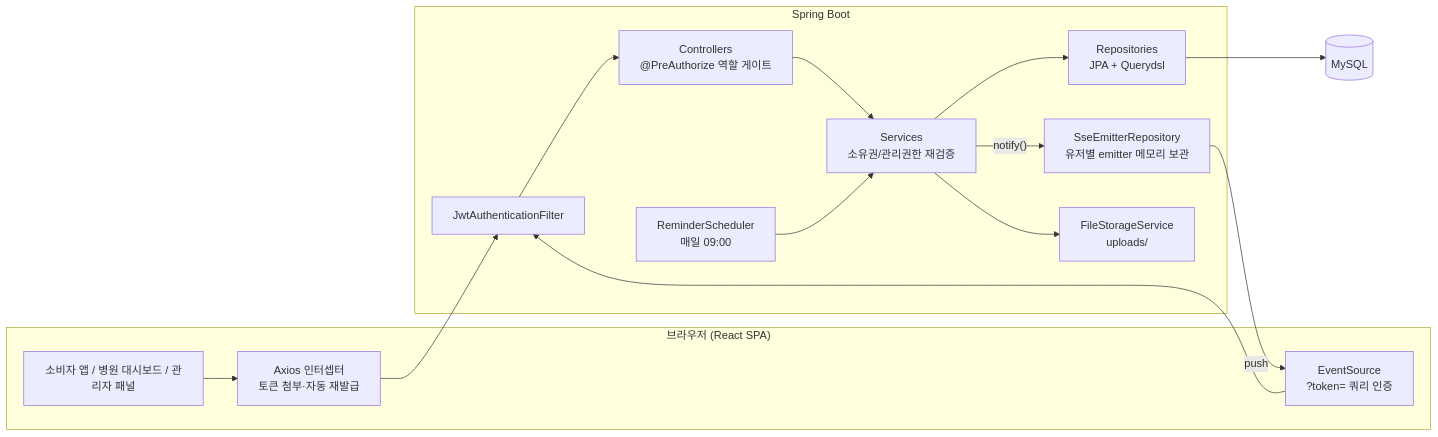
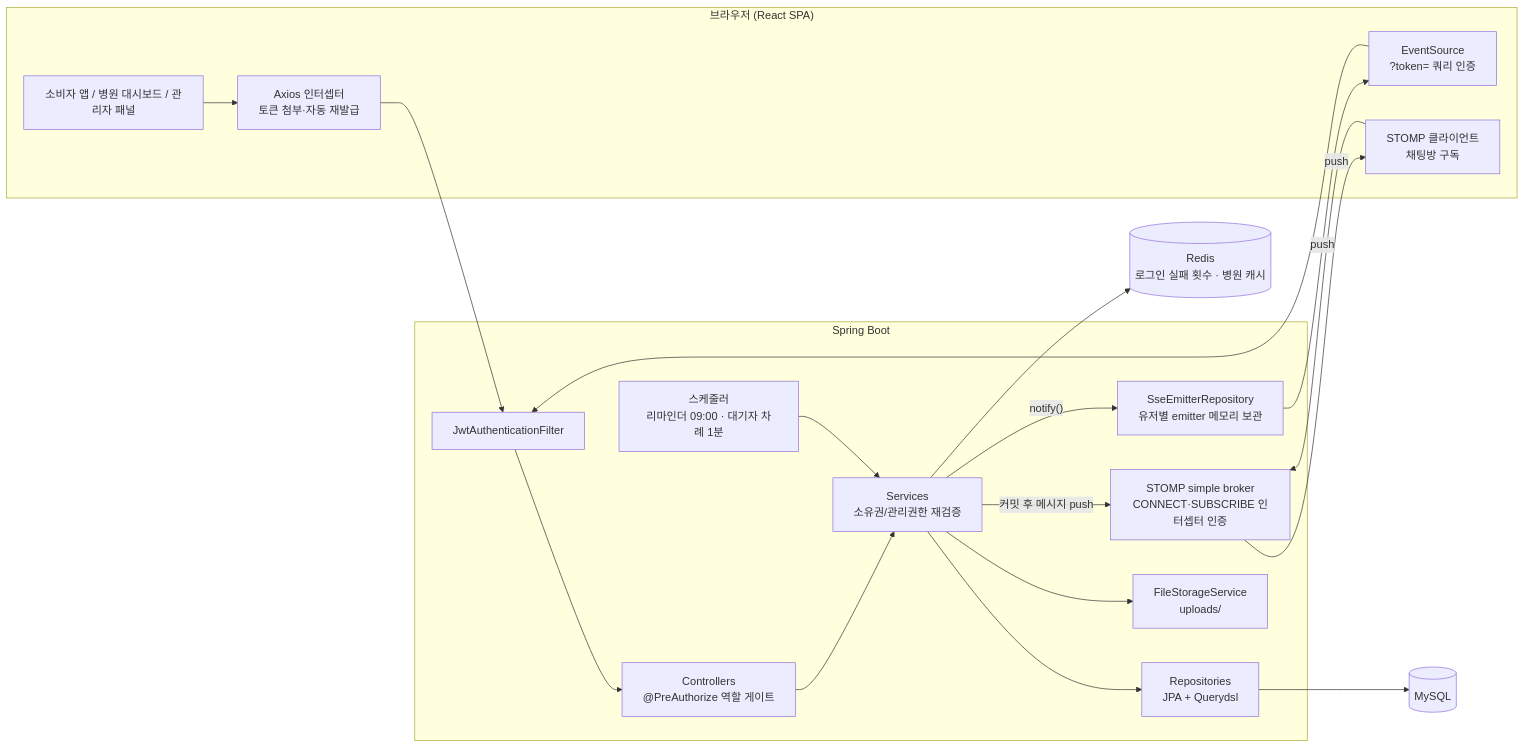
One commit to CodeVins/PetCare-System changed the first of 5 diagrams in README.md. Above: the diagram before and after it, drawn with Mermaid. The commit also changed other lines of this file and 9 other files, not shown here.

````diff
--- a/README.md
+++ b/README.md
@@ -117,27 +123,34 @@
 ```mermaid
 flowchart LR
     subgraph Client["브라우저 (React SPA)"]
         UI["소비자 앱 / 병원 대시보드 / 관리자 패널"]
         AX["Axios 인터셉터<br/>토큰 첨부·자동 재발급"]
         ES["EventSource<br/>?token= 쿼리 인증"]
+        WS["STOMP 클라이언트<br/>채팅방 구독"]
     end
 
     subgraph Server["Spring Boot"]
         F["JwtAuthenticationFilter"]
         C["Controllers<br/>@PreAuthorize 역할 게이트"]
         S["Services<br/>소유권/관리권한 재검증"]
         R["Repositories<br/>JPA + Querydsl"]
         SSE["SseEmitterRepository<br/>유저별 emitter 메모리 보관"]
-        SCH["ReminderScheduler<br/>매일 09:00"]
+        STOMP["STOMP simple broker<br/>CONNECT·SUBSCRIBE 인터셉터 인증"]
+        SCH["스케줄러<br/>리마인더 09:00 · 대기자 차례 1분"]
         FS["FileStorageService<br/>uploads/"]
     end
 
     DB[("MySQL")]
+    RD[("Redis<br/>로그인 실패 횟수 · 병원 캐시")]
 
     UI --> AX --> F --> C --> S --> R --> DB
     ES --> F
+    WS --> STOMP
     S -->|"notify()"| SSE
     SSE -->|push| ES
+    S -->|"커밋 후 메시지 push"| STOMP
+    STOMP -->|push| WS
+    S --> RD
     SCH --> S
     S --> FS
 ```
````
